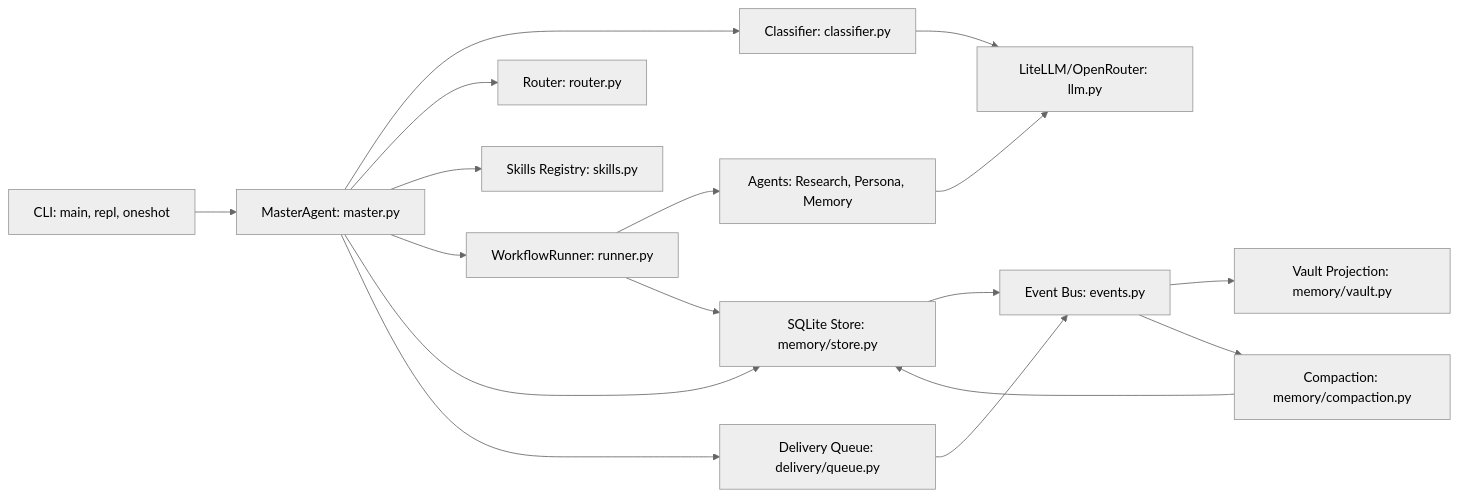
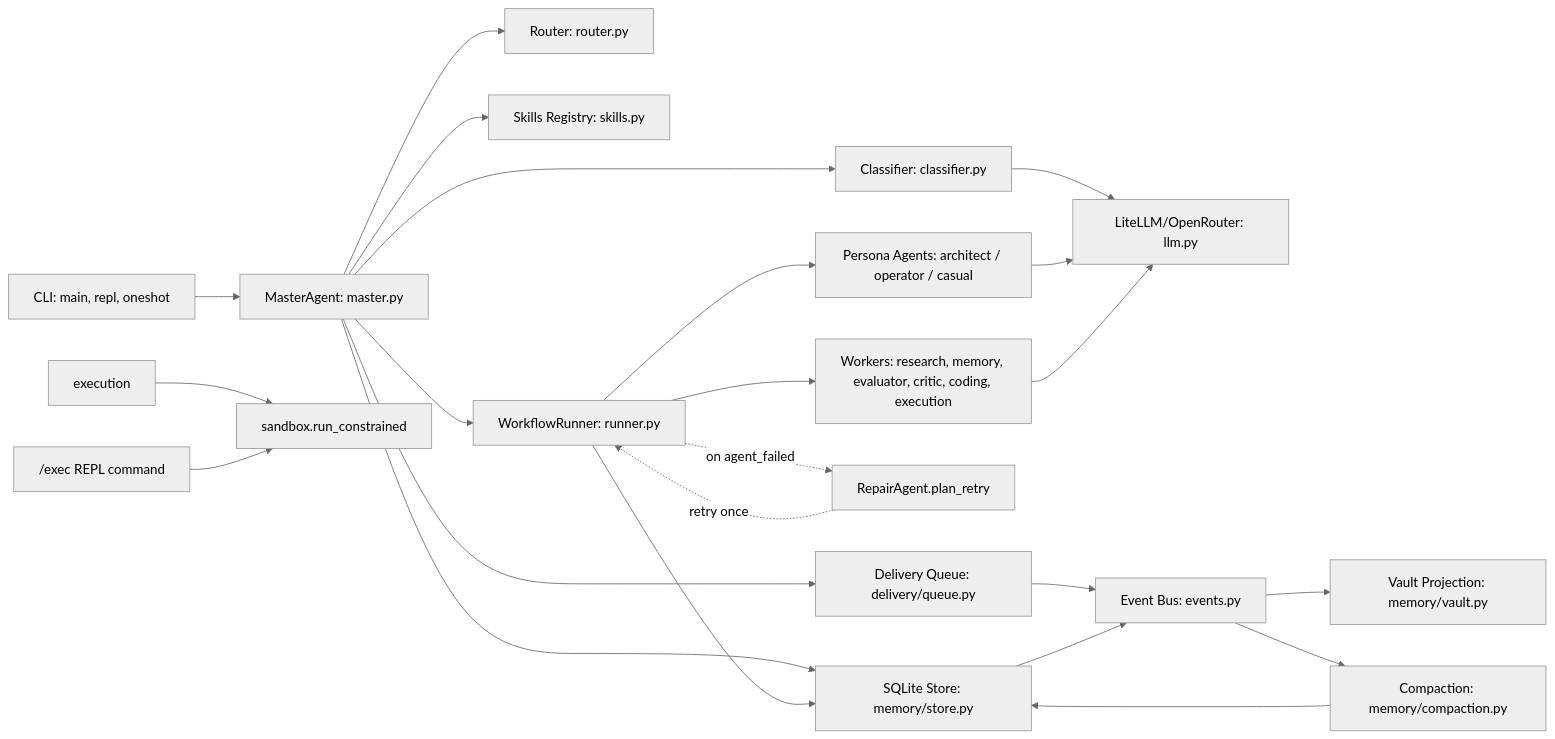
One commit to GTuritto/ubongo changed the first of 7 diagrams in docs/system-architecture.md. Above: the diagram before and after it, drawn with Mermaid (neutral theme). The commit also changed other lines of this file and 2 other files, not shown here.

````diff
--- a/docs/system-architecture.md
+++ b/docs/system-architecture.md
@@ -19,19 +21,25 @@
 ```mermaid
 flowchart LR
     CLI["CLI: main, repl, oneshot"] --> MASTER["MasterAgent: master.py"]
     MASTER --> CLASSIFIER["Classifier: classifier.py"]
     MASTER --> ROUTER["Router: router.py"]
     MASTER --> SKILLS["Skills Registry: skills.py"]
     MASTER --> RUNNER["WorkflowRunner: runner.py"]
-    RUNNER --> AGENTS["Agents: Research, Persona, Memory"]
+    RUNNER --> PERSONAS["Persona Agents: architect / operator / casual"]
+    RUNNER --> WORKERS["Workers: research, memory, evaluator, critic, coding, execution"]
+    RUNNER -.->|on agent_failed| REPAIR["RepairAgent.plan_retry"]
+    REPAIR -.->|retry once| RUNNER
+    EXECUTION["execution"] --> SANDBOX["sandbox.run_constrained"]
+    REPL_EXEC["/exec REPL command"] --> SANDBOX
     CLASSIFIER --> LLM["LiteLLM/OpenRouter: llm.py"]
-    AGENTS --> LLM
+    PERSONAS --> LLM
+    WORKERS --> LLM
     MASTER --> STORE["SQLite Store: memory/store.py"]
     RUNNER --> STORE
     MASTER --> QUEUE["Delivery Queue: delivery/queue.py"]
     QUEUE --> EVENTS["Event Bus: events.py"]
     EVENTS --> VAULT["Vault Projection: memory/vault.py"]
     STORE --> EVENTS
     EVENTS --> COMPACT["Compaction: memory/compaction.py"]
     COMPACT --> STORE
 ```
````
